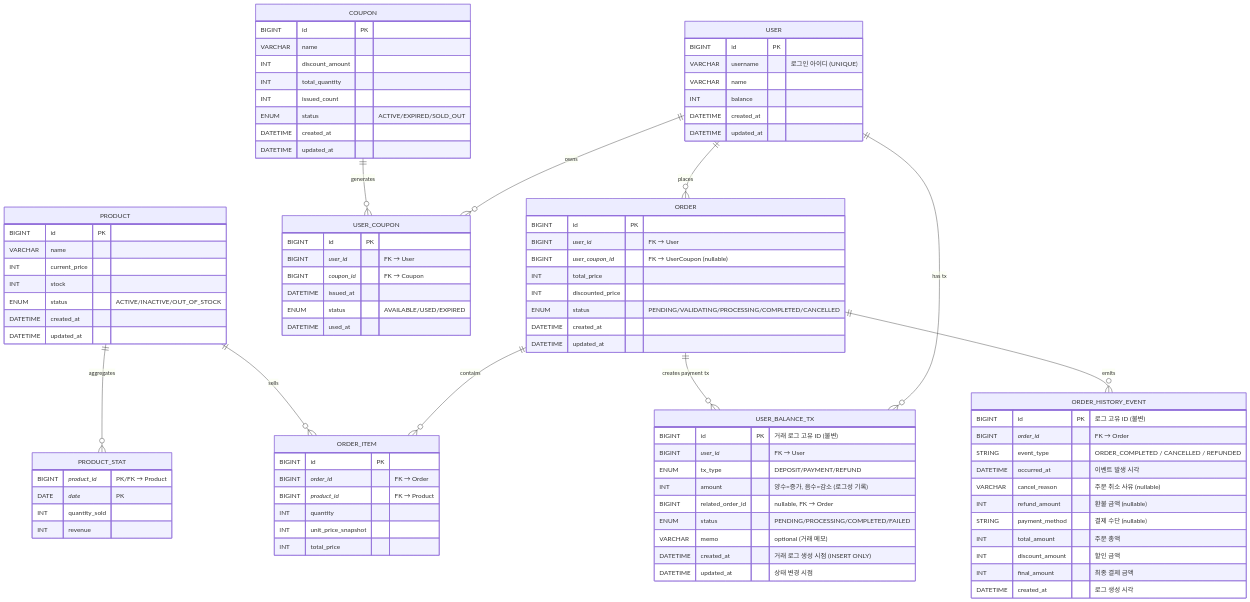
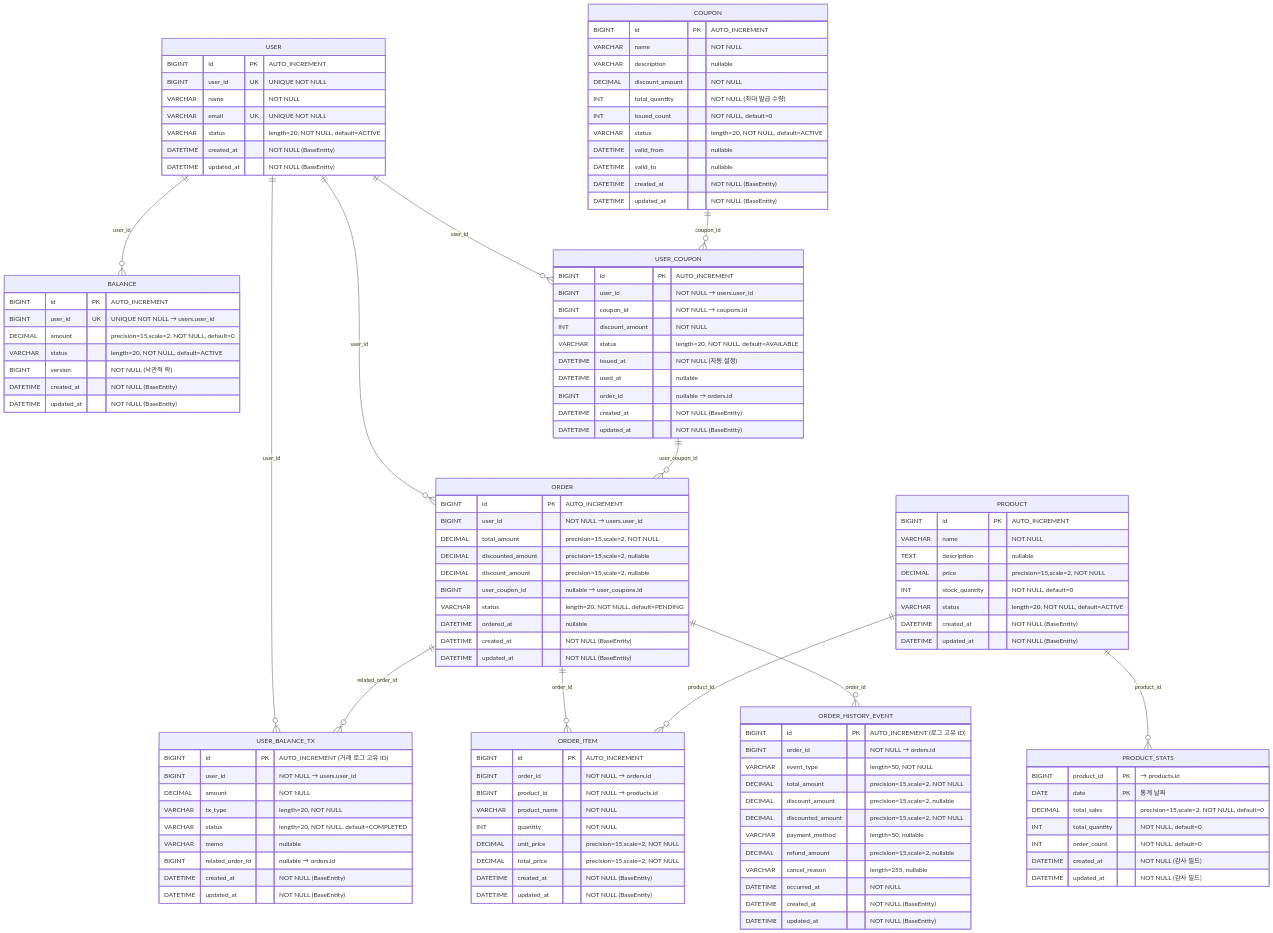
The diagram in docs/erd.md (yuni02/hhplus-ecommerce), drawn with Mermaid before and after one commit. The commit also changed other lines of this file and 16 other files, not shown here.

````diff
--- a/docs/erd.md
+++ b/docs/erd.md
@@ -3,112 +3,147 @@
 ```mermaid
 erDiagram
+    %% BaseEntity 상속 구조 (공통 필드)
+    %% - id (BIGINT AUTO_INCREMENT PK)
+    %% - created_at (DATETIME NOT NULL)
+    %% - updated_at (DATETIME NOT NULL)
+
     USER {
-        BIGINT id PK
-        VARCHAR username "로그인 아이디 (UNIQUE)"
-        VARCHAR name
-        INT balance
-        DATETIME created_at
-        DATETIME updated_at
+        BIGINT id PK "AUTO_INCREMENT"
+        BIGINT user_id UK "UNIQUE NOT NULL"
+        VARCHAR name "NOT NULL"
+        VARCHAR email UK "UNIQUE NOT NULL"
+        VARCHAR status "length=20, NOT NULL, default=ACTIVE"
+        DATETIME created_at "NOT NULL (BaseEntity)"
+        DATETIME updated_at "NOT NULL (BaseEntity)"
+    }
+
+    BALANCE {
+        BIGINT id PK "AUTO_INCREMENT"
+        BIGINT user_id UK "UNIQUE NOT NULL → users.user_id"
+        DECIMAL amount "precision=15,scale=2, NOT NULL, default=0"
+        VARCHAR status "length=20, NOT NULL, default=ACTIVE"
+        BIGINT version "NOT NULL (낙관적 락)"
+        DATETIME created_at "NOT NULL (BaseEntity)"
+        DATETIME updated_at "NOT NULL (BaseEntity)"
     }
 
     PRODUCT {
-        BIGINT id PK
-        VARCHAR name
-        INT current_price
-        INT stock
-        ENUM status "ACTIVE/INACTIVE/OUT_OF_STOCK"
-        DATETIME created_at
-        DATETIME updated_at
+        BIGINT id PK "AUTO_INCREMENT"
+        VARCHAR name "NOT NULL"
+        TEXT description "nullable"
+        DECIMAL price "precision=15,scale=2, NOT NULL"
+        INT stock_quantity "NOT NULL, default=0"
+        VARCHAR status "length=20, NOT NULL, default=ACTIVE"
+        DATETIME created_at "NOT NULL (BaseEntity)"
+        DATETIME updated_at "NOT NULL (BaseEntity)"
     }
 
     COUPON {
-        BIGINT id PK
-        VARCHAR name
-        INT discount_amount
-        INT total_quantity
-        INT issued_count
-        ENUM status "ACTIVE/EXPIRED/SOLD_OUT"
-        DATETIME created_at
-        DATETIME updated_at
+        BIGINT id PK "AUTO_INCREMENT"
+        VARCHAR name "NOT NULL"
+        VARCHAR description "nullable"
+        DECIMAL discount_amount "NOT NULL"
+        INT total_quantity "NOT NULL (최대 발급 수량)"
+        INT issued_count "NOT NULL, default=0"
+        VARCHAR status "length=20, NOT NULL, default=ACTIVE"
+        DATETIME valid_from "nullable"
+        DATETIME valid_to "nullable"
+        DATETIME created_at "NOT NULL (BaseEntity)"
+        DATETIME updated_at "NOT NULL (BaseEntity)"
     }
 
     USER_COUPON {
-        BIGINT id PK
-        BIGINT _user_id_    "FK → User"
-        BIGINT _coupon_id_  "FK → Coupon"
-        DATETIME issued_at
-        ENUM status "AVAILABLE/USED/EXPIRED"
-        DATETIME used_at
+        BIGINT id PK "AUTO_INCREMENT"
+        BIGINT user_id "NOT NULL → users.user_id"
+        BIGINT coupon_id "NOT NULL → coupons.id"
+        INT discount_amount "NOT NULL"
+        VARCHAR status "length=20, NOT NULL, default=AVAILABLE"
+        DATETIME issued_at "NOT NULL (자동 설정)"
+        DATETIME used_at "nullable"
+        BIGINT order_id "nullable → orders.id"
+        DATETIME created_at "NOT NULL (BaseEntity)"
+        DATETIME updated_at "NOT NULL (BaseEntity)"
     }
 
     ORDER {
-        BIGINT id PK
-        BIGINT _user_id_      "FK → User"
-        BIGINT _user_coupon_id_    "FK → UserCoupon (nullable)"
-        INT total_price
-        INT discounted_price
-        ENUM status "PENDING/VALIDATING/PROCESSING/COMPLETED/CANCELLED"
-        DATETIME created_at
-        DATETIME updated_at
+        BIGINT id PK "AUTO_INCREMENT"
+        BIGINT user_id "NOT NULL → users.user_id"
+        DECIMAL total_amount "precision=15,scale=2, NOT NULL"
+        DECIMAL discounted_amount "precision=15,scale=2, nullable"
+        DECIMAL discount_amount "precision=15,scale=2, nullable"
+        BIGINT user_coupon_id "nullable → user_coupons.id"
+        VARCHAR status "length=20, NOT NULL, default=PENDING"
+        DATETIME ordered_at "nullable"
+        DATETIME created_at "NOT NULL (BaseEntity)"
+        DATETIME updated_at "NOT NULL (BaseEntity)"
     }
 
     ORDER_ITEM {
-        BIGINT id PK
-        BIGINT _order_id_   "FK → Order"
-        BIGINT _product_id_ "FK → Product"
-        INT quantity
-        INT unit_price_snapshot
-        INT total_price
+        BIGINT id PK "AUTO_INCREMENT"
+        BIGINT order_id "NOT NULL → orders.id"
+        BIGINT product_id "NOT NULL → products.id"
+        VARCHAR product_name "NOT NULL"
+        INT quantity "NOT NULL"
+        DECIMAL unit_price "precision=15,scale=2, NOT NULL"
+        DECIMAL total_price "precision=15,scale=2, NOT NULL"
+        DATETIME created_at "NOT NULL (BaseEntity)"
+        DATETIME updated_at "NOT NULL (BaseEntity)"
     }
 
-%% 로그성 테이블: 주문 이력 이벤트 (INSERT ONLY, 이벤트 소싱)
+    %% 로그성 테이블: 주문 이력 이벤트 (INSERT ONLY, 이벤트 소싱)
     ORDER_HISTORY_EVENT {
-        BIGINT id PK "로그 고유 ID (불변)"
-        BIGINT _order_id_ "FK → Order"
-        STRING event_type "ORDER_COMPLETED / CANCELLED / REFUNDED"
-        DATETIME occurred_at "이벤트 발생 시각"
-        VARCHAR cancel_reason "주문 취소 사유 (nullable)"
-        INT refund_amount "환불 금액 (nullable)"
-        STRING payment_method "결제 수단 (nullable)"
-        INT total_amount "주문 총액"
-        INT discount_amount "할인 금액"
-        INT final_amount "최종 결제 금액"
-        DATETIME created_at "로그 생성 시각"
+        BIGINT id PK "AUTO_INCREMENT (로그 고유 ID)"
+        BIGINT order_id "NOT NULL → orders.id"
+        VARCHAR event_type "length=50, NOT NULL"
+        DECIMAL total_amount "precision=15,scale=2, NOT NULL"
+        DECIMAL discount_amount "precision=15,scale=2, nullable"
+        DECIMAL discounted_amount "precision=15,scale=2, NOT NULL"
+        VARCHAR payment_method "length=50, nullable"
+        DECIMAL refund_amount "precision=15,scale=2, nullable"
+        VARCHAR cancel_reason "length=255, nullable"
+        DATETIME occurred_at "NOT NULL"
+        DATETIME created_at "NOT NULL (BaseEntity)"
+        DATETIME updated_at "NOT NULL (BaseEntity)"
     }
 
-
-%% 🔥 로그성 테이블: 사용자 잔액 거래 내역 (INSERT ONLY, 감사 추적)
+    %% 로그성 테이블: 사용자 잔액 거래 내역 (INSERT ONLY, 감사 추적)
     USER_BALANCE_TX {
-        BIGINT id PK "거래 로그 고유 ID (불변)"
-        BIGINT _user_id_        "FK → User"
-        ENUM  tx_type           "DEPOSIT/PAYMENT/REFUND"
-        INT   amount            "양수=증가, 음수=감소 (로그성 기록)"
-        BIGINT related_order_id "nullable, FK → Order"
-        ENUM status "PENDING/PROCESSING/COMPLETED/FAILED"
-        VARCHAR memo            "optional (거래 메모)"
-        DATETIME created_at     "거래 로그 생성 시점 (INSERT ONLY)"
-        DATETIME updated_at     "상태 변경 시점"
+        BIGINT id PK "AUTO_INCREMENT (거래 로그 고유 ID)"
+        BIGINT user_id "NOT NULL → users.user_id"
+        DECIMAL amount "NOT NULL"
+        VARCHAR tx_type "length=20, NOT NULL"
+        VARCHAR status "length=20, NOT NULL, default=COMPLETED"
+        VARCHAR memo "nullable"
+        BIGINT related_order_id "nullable → orders.id"
+        DATETIME created_at "NOT NULL (BaseEntity)"
+        DATETIME updated_at "NOT NULL (BaseEntity)"
     }
 
-    PRODUCT_STAT {
-        BIGINT _product_id_ "PK/FK → Product"
-        DATE   _date_       "PK"
-        INT quantity_sold
-        INT revenue
+    %% 복합키 테이블: 상품 통계 (product_id + date)
+    PRODUCT_STATS {
+        BIGINT product_id PK "→ products.id"
+        DATE date PK "통계 날짜"
+        DECIMAL total_sales "precision=15,scale=2, NOT NULL, default=0"
+        INT total_quantity "NOT NULL, default=0"
+        INT order_count "NOT NULL, default=0"
+        DATETIME created_at "NOT NULL (감사 필드)"
+        DATETIME updated_at "NOT NULL (감사 필드)"
     }
 
-%% 관계 정의
-    USER ||--o{ USER_BALANCE_TX : "has tx"
-    USER ||--o{ "ORDER"         : places
-    USER ||--o{ USER_COUPON     : owns
-    COUPON ||--o{ USER_COUPON   : generates
-
-    "ORDER" ||--o{ ORDER_ITEM        : contains
-    PRODUCT ||--o{ ORDER_ITEM        : sells
-    "ORDER" ||--o{ ORDER_HISTORY_EVENT : emits
-    "ORDER" ||--o{ USER_BALANCE_TX   : "creates payment tx"
-
-%% Optional relations
-    PRODUCT ||--o{ PRODUCT_STAT : "aggregates"
+    %% 논리적 관계 정의 (물리적 FK 제약조건 없음)
+    USER ||--o{ BALANCE : "user_id"
+    USER ||--o{ USER_BALANCE_TX : "user_id"
+    USER ||--o{ ORDER : "user_id"
+    USER ||--o{ USER_COUPON : "user_id"
+    
+    COUPON ||--o{ USER_COUPON : "coupon_id"
+    USER_COUPON ||--o{ ORDER : "user_coupon_id"
+    
+    ORDER ||--o{ ORDER_ITEM : "order_id"
+    ORDER ||--o{ ORDER_HISTORY_EVENT : "order_id"
+    ORDER ||--o{ USER_BALANCE_TX : "related_order_id"
+    
+    PRODUCT ||--o{ ORDER_ITEM : "product_id"
+    PRODUCT ||--o{ PRODUCT_STATS : "product_id"
 
 ```
````
